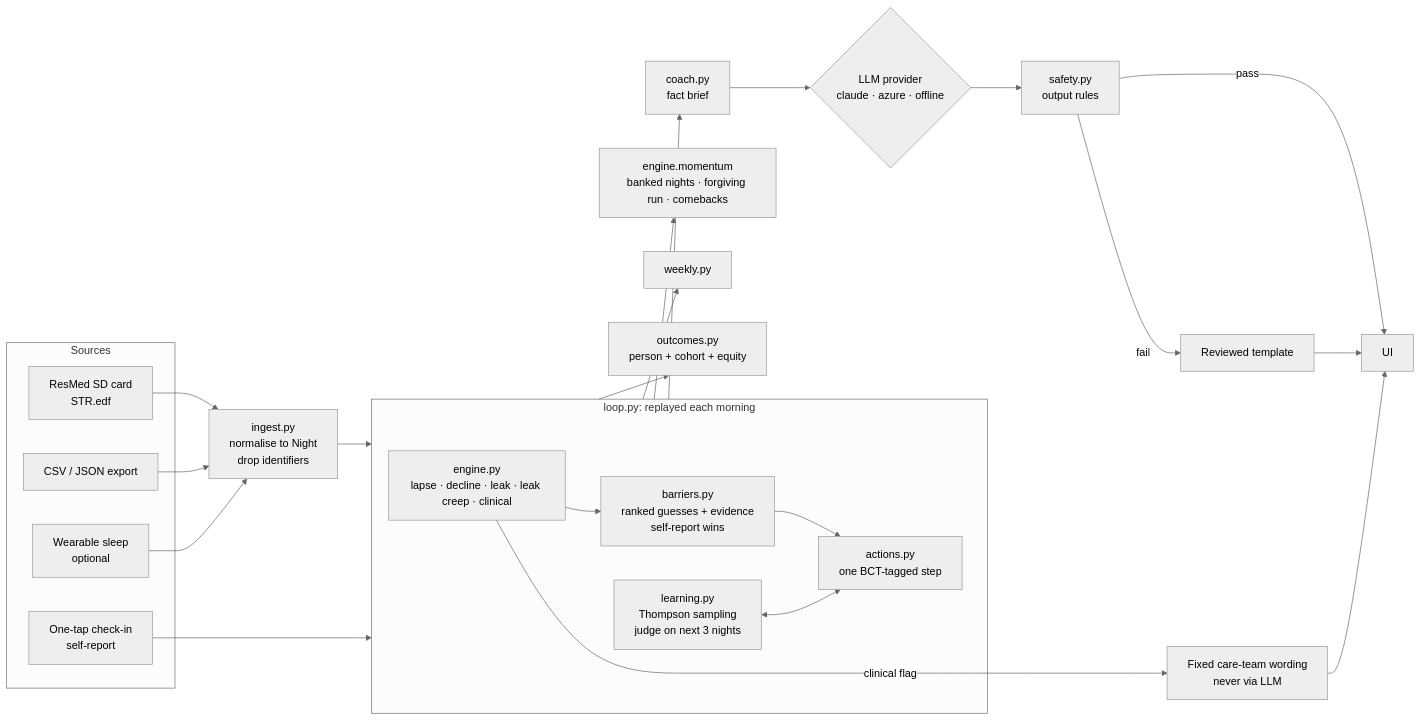
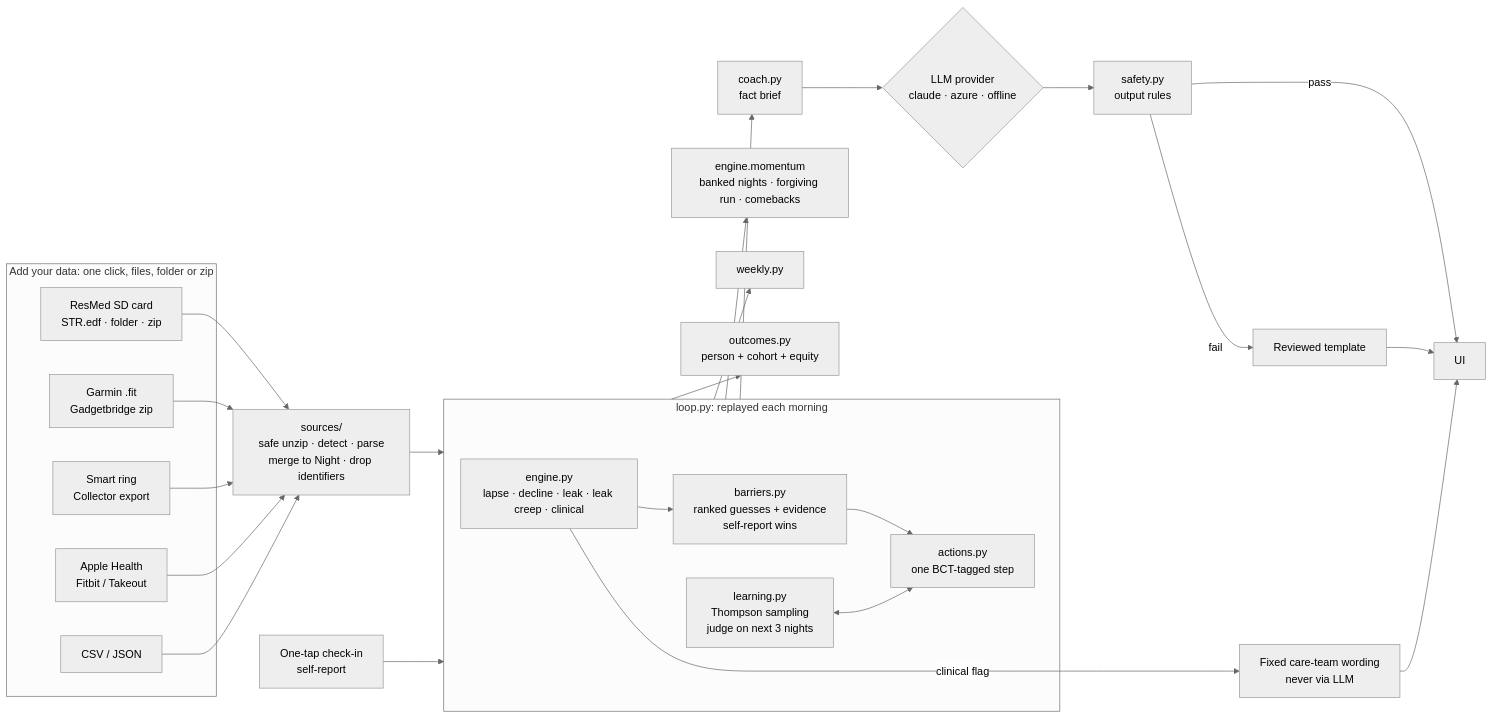
One commit to rahulrao85/nafas changed the diagram in docs/ARCHITECTURE.md. Above: the diagram before and after it, drawn with Mermaid (neutral theme). The commit also changed other lines of this file and 44 other files, not shown here.

First line of the commit message:
Arabic for all engine text; one-click "Add your data" for every source

````diff
--- a/docs/ARCHITECTURE.md
+++ b/docs/ARCHITECTURE.md
@@ -7,29 +7,31 @@
 ```mermaid
 flowchart LR
-  subgraph Sources
-    A[ResMed SD card<br/>STR.edf]
-    B[CSV / JSON export]
-    C[Wearable sleep<br/>optional]
-    D[One-tap check-in<br/>self-report]
+  subgraph Sources[Add your data: one click, files, folder or zip]
+    A[ResMed SD card<br/>STR.edf · folder · zip]
+    G1[Garmin .fit<br/>Gadgetbridge zip]
+    R1[Smart ring<br/>Collector export]
+    AP[Apple Health<br/>Fitbit / Takeout]
+    B[CSV / JSON]
   end
-  A & B & C --> I[ingest.py<br/>normalise to Night<br/>drop identifiers]
+  D[One-tap check-in<br/>self-report]
+  A & G1 & R1 & AP & B --> I[sources/<br/>safe unzip · detect · parse<br/>merge to Night · drop identifiers]
   I --> L
   D --> L
   subgraph L[loop.py: replayed each morning]
     E[engine.py<br/>lapse · decline · leak · leak creep · clinical]
     F[barriers.py<br/>ranked guesses + evidence<br/>self-report wins]
     G[actions.py<br/>one BCT-tagged step]
     H[learning.py<br/>Thompson sampling<br/>judge on next 3 nights]
     E --> F --> G
     H <--> G
   end
   L --> M[engine.momentum<br/>banked nights · forgiving run · comebacks]
   L --> W[weekly.py]
   L --> O[outcomes.py<br/>person + cohort + equity]
   L --> K[coach.py<br/>fact brief]
   K --> P{LLM provider<br/>claude · azure · offline}
   P --> S[safety.py<br/>output rules]
   S -- pass --> U[UI]
   S -- fail --> T[Reviewed template] --> U
   E -- clinical flag --> X[Fixed care-team wording<br/>never via LLM] --> U
 ```
````
